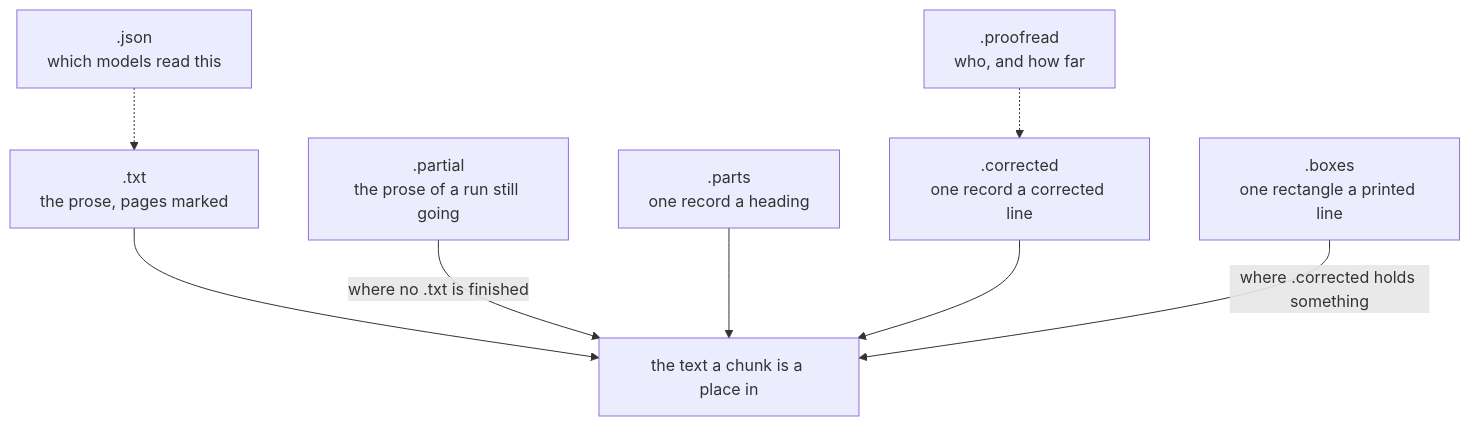
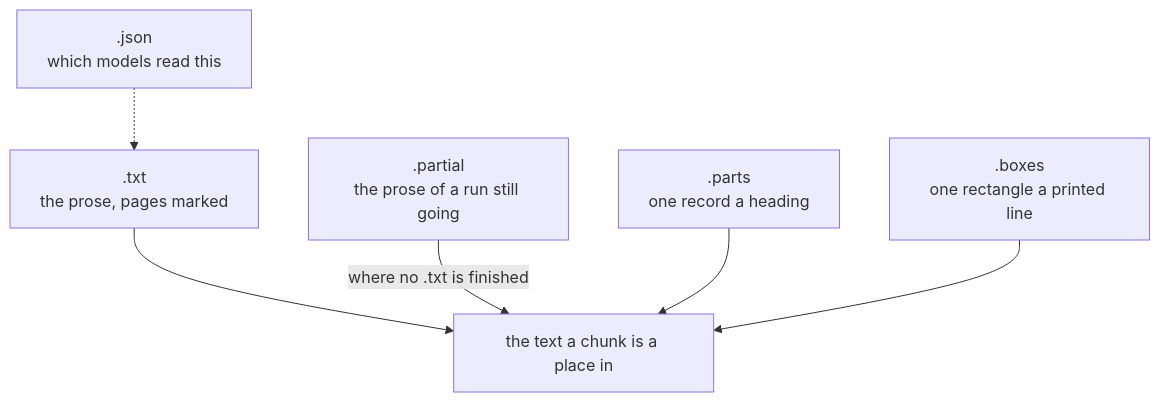
The diagram in docs/recognising.md (jiva-studio/numen), drawn with Mermaid before and after one commit. The commit also changed other lines of this file and 22 other files, not shown here.

````diff
--- a/docs/recognising.md
+++ b/docs/recognising.md
@@ -23,19 +21,15 @@
 ```mermaid
 graph TD
     TXT[".txt<br/>the prose, pages marked"]
     PARTIAL[".partial<br/>the prose of a run still going"]
     PARTS[".parts<br/>one record a heading"]
-    CORRECTED[".corrected<br/>one record a corrected line"]
     BOXES[".boxes<br/>one rectangle a printed line"]
-    STANDING[".proofread<br/>who, and how far"]
     BESIDE[".json<br/>which models read this"]
     TEXT["the text a chunk is a place in"]
 
     TXT --> TEXT
     PARTIAL -->|"where no .txt is finished"| TEXT
     PARTS --> TEXT
-    CORRECTED --> TEXT
-    BOXES -->|"where .corrected holds something"| TEXT
-    STANDING -.-> CORRECTED
+    BOXES --> TEXT
     BESIDE -.-> TXT
 ```
````
